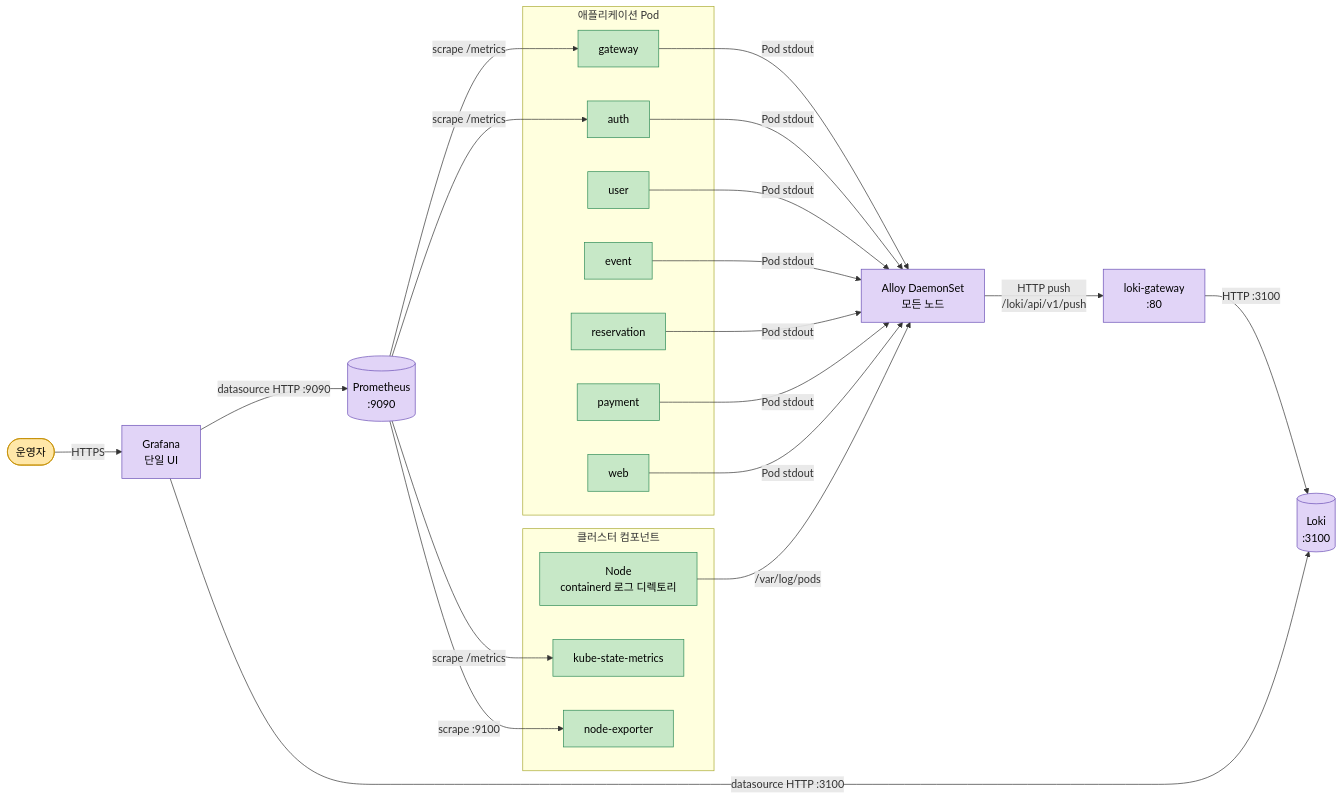
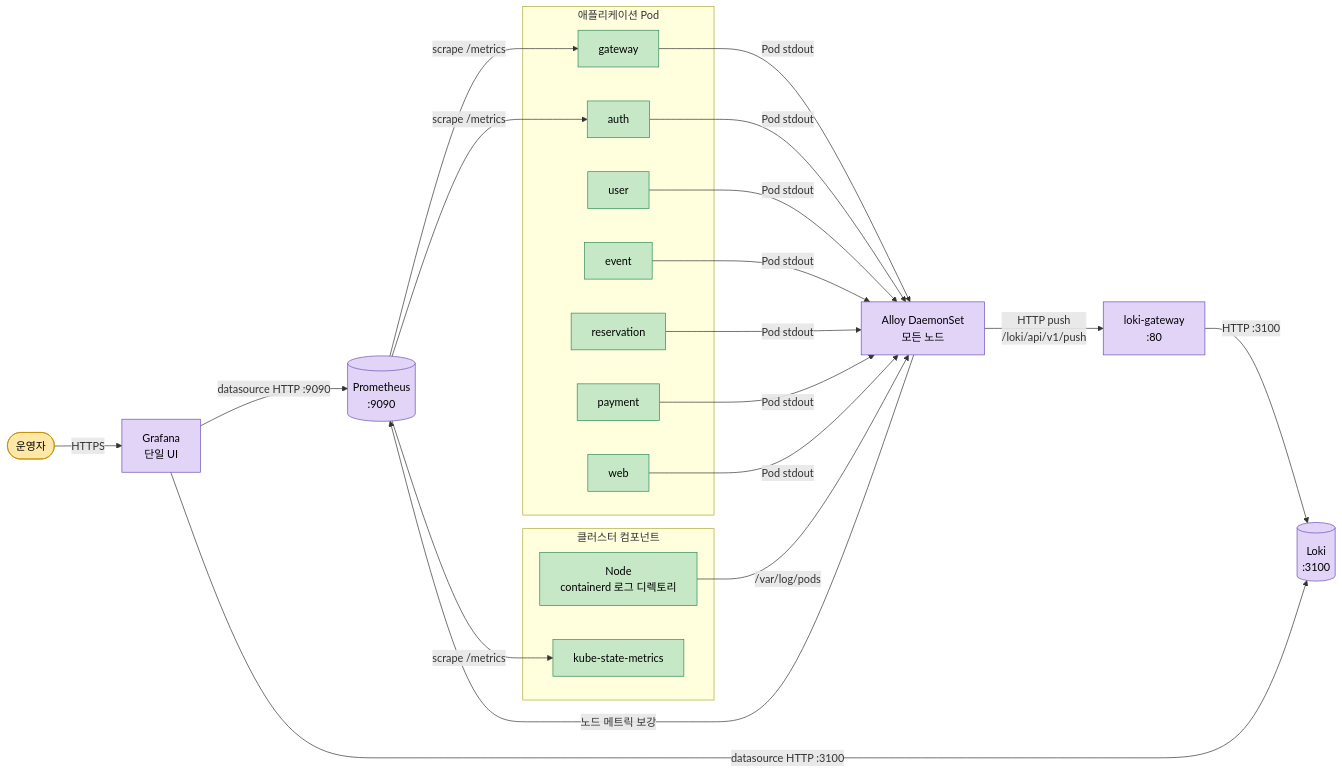
One commit to OpenTraum/OpenTraum-Infra changed the first of 3 diagrams in docs/OPENTRAUM-INFRA-05-MONITORING.md. Above: the diagram before and after it, drawn with Mermaid. The commit also changed other lines of this file and 12 other files, not shown here.

````diff
--- a/docs/OPENTRAUM-INFRA-05-MONITORING.md
+++ b/docs/OPENTRAUM-INFRA-05-MONITORING.md
@@ -97,60 +98,59 @@
 ```mermaid
 flowchart LR
     classDef app fill:#C7E8C7,stroke:#2E8B57,color:#000
     classDef obs fill:#E1D4F7,stroke:#6A4FB6,color:#000
     classDef user fill:#FFE7A8,stroke:#C58E00,color:#000
 
     User([운영자])
 
     subgraph apps[애플리케이션 Pod]
         Gateway[gateway]
         Auth[auth]
         UserSvc[user]
         Event[event]
         Reservation[reservation]
         Payment[payment]
         Web[web]
     end
 
     subgraph cluster[클러스터 컴포넌트]
         Node[Node<br/>containerd 로그 디렉토리]
         KSM[kube-state-metrics]
-        NodeExp[node-exporter]
     end
 
     Alloy[Alloy DaemonSet<br/>모든 노드]
 
     LokiGW[loki-gateway<br/>:80]
     Loki[(Loki<br/>:3100)]
     Prom[(Prometheus<br/>:9090)]
 
     Grafana[Grafana<br/>단일 UI]
 
     %% logs
     Gateway -- "Pod stdout" --> Alloy
     Auth -- "Pod stdout" --> Alloy
     UserSvc -- "Pod stdout" --> Alloy
     Event -- "Pod stdout" --> Alloy
     Reservation -- "Pod stdout" --> Alloy
     Payment -- "Pod stdout" --> Alloy
     Web -- "Pod stdout" --> Alloy
     Node -- "/var/log/pods" --> Alloy
     Alloy -- "HTTP push<br/>/loki/api/v1/push" --> LokiGW
     LokiGW -- "HTTP :3100" --> Loki
 
     %% metrics
     Prom -- "scrape /metrics" --> Gateway
     Prom -- "scrape /metrics" --> Auth
     Prom -- "scrape /metrics" --> KSM
-    Prom -- "scrape :9100" --> NodeExp
+    Alloy -- "노드 메트릭 보강" --> Prom
 
     %% read path
     Grafana -- "datasource HTTP :9090" --> Prom
     Grafana -- "datasource HTTP :3100" --> Loki
     User -- "HTTPS" --> Grafana
 
     class Gateway,Auth,UserSvc,Event,Reservation,Payment,Web app
-    class Node,KSM,NodeExp app
+    class Node,KSM app
     class Alloy,LokiGW,Loki,Prom,Grafana obs
     class User user
 ```
````
